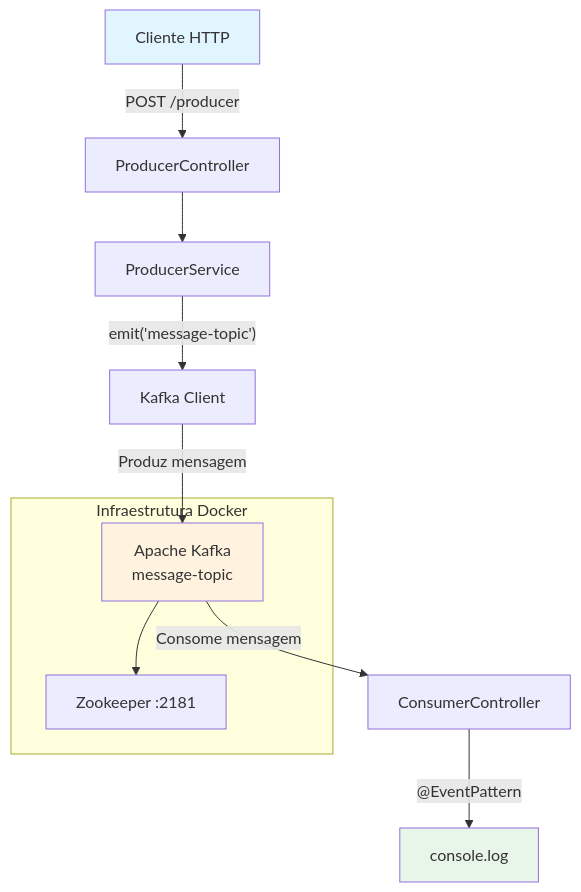
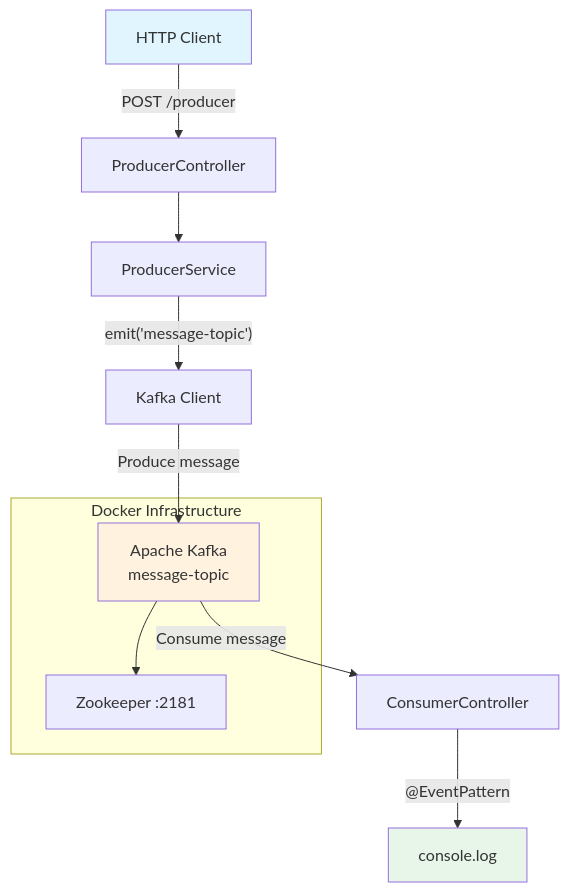
Before and after one commit to Diones25/nestjs-kafka: the diagram in README.md, drawn with Mermaid. The commit also changed other lines of this file, not shown here.

````diff
--- a/README.md
+++ b/README.md
@@ -65,18 +66,18 @@
 ```mermaid
 graph TD
-    Client[Cliente HTTP] -->|POST /producer| PC[ProducerController]
+    Client[HTTP Client] -->|POST /producer| PC[ProducerController]
     PC --> PS[ProducerService]
     PS -->|"emit('message-topic')"| KC[Kafka Client]
-    KC -->|Produz mensagem| K[Apache Kafka<br/>message-topic]
-    K -->|Consome mensagem| CC[ConsumerController]
+    KC -->|Produce message| K[Apache Kafka<br/>message-topic]
+    K -->|Consume message| CC[ConsumerController]
     CC -->|"@EventPattern"| LOG[console.log]
 
-    subgraph "Infraestrutura Docker"
+    subgraph "Docker Infrastructure"
         ZK[Zookeeper :2181]
         K --> ZK
     end
 
     style Client fill:#e1f5fe
     style K fill:#fff3e0
     style LOG fill:#e8f5e9
 ```
````
